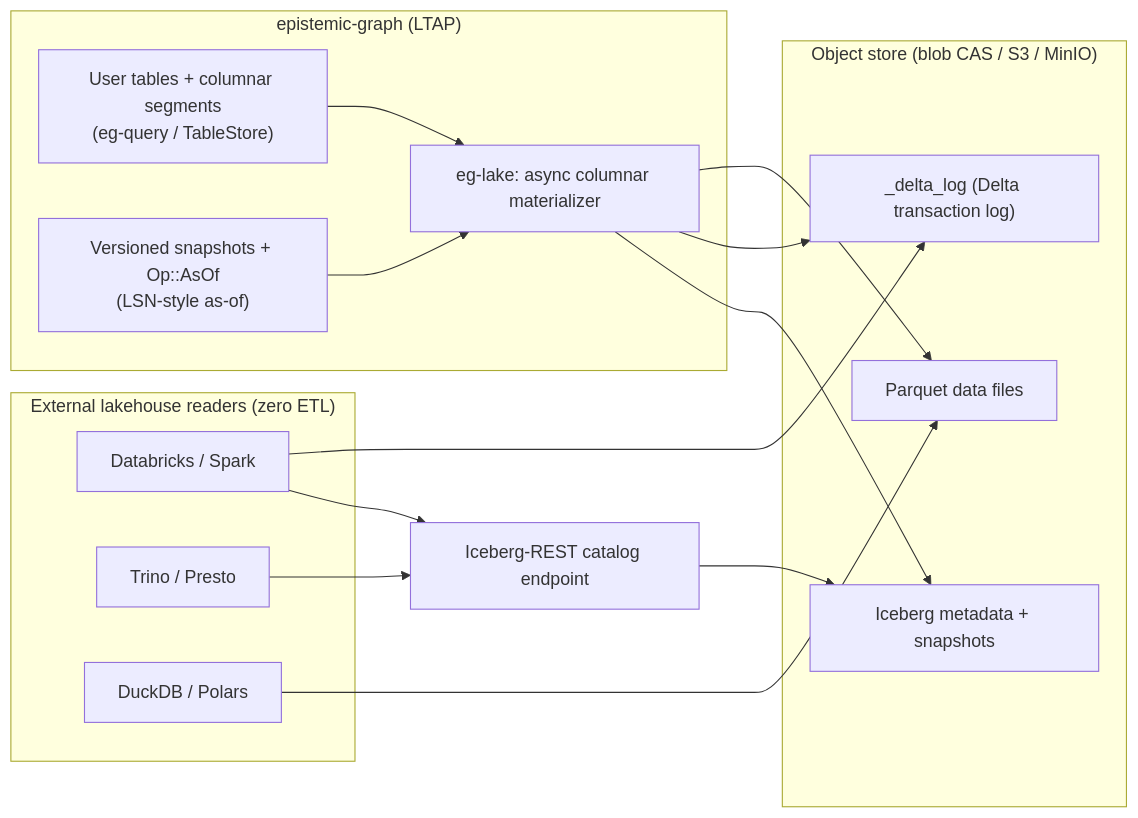
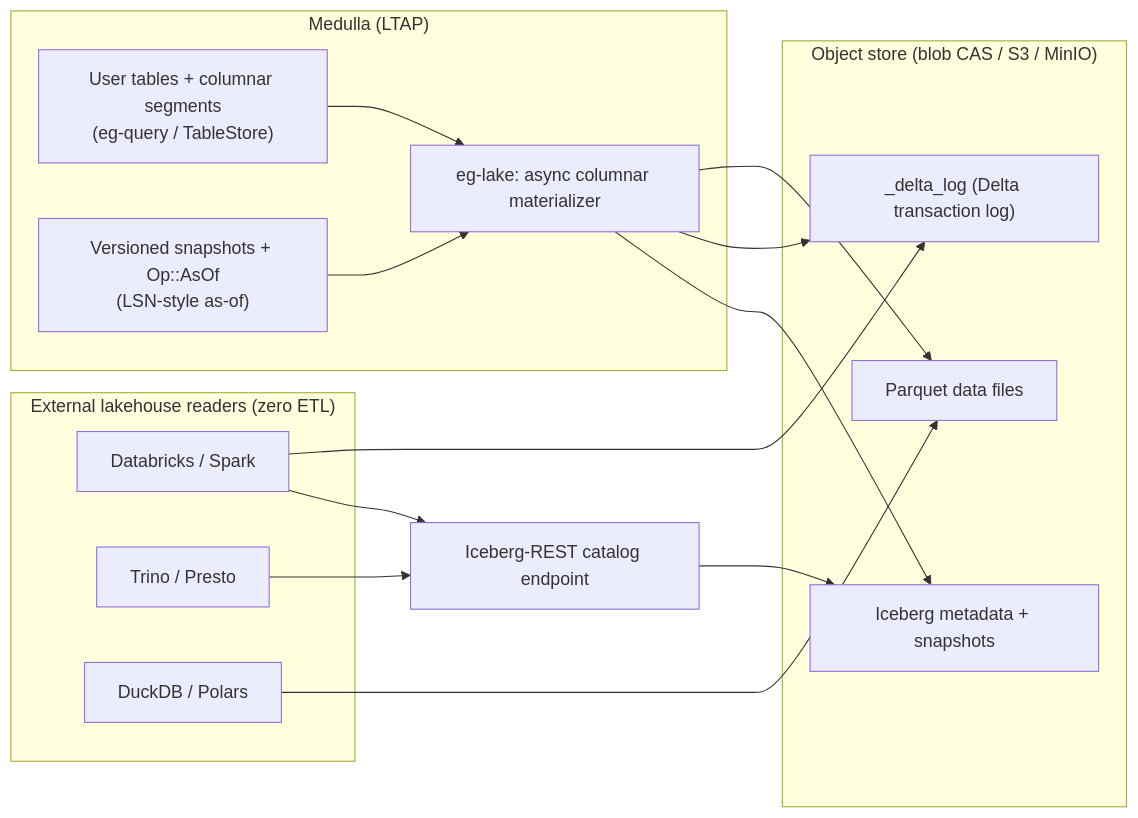
The diagram in docs/architecture/lakehouse_ltap.md (Knuckles-Team/epistemic-graph), drawn with Mermaid before and after one commit. The commit also changed other lines of this file and 59 other files, not shown here.

````diff
--- a/docs/architecture/lakehouse_ltap.md
+++ b/docs/architecture/lakehouse_ltap.md
@@ -26,30 +26,30 @@
 ```mermaid
 flowchart LR
-    subgraph Engine["epistemic-graph (LTAP)"]
+    subgraph Engine["Medulla (LTAP)"]
         TBL["User tables + columnar segments<br/>(eg-query / TableStore)"]
         SNAP["Versioned snapshots + Op::AsOf<br/>(LSN-style as-of)"]
         LAKE["eg-lake: async columnar materializer"]
     end
     subgraph Object["Object store (blob CAS / S3 / MinIO)"]
         PARQ["Parquet data files"]
         DELTA["_delta_log (Delta transaction log)"]
         ICE["Iceberg metadata + snapshots"]
     end
     subgraph Readers["External lakehouse readers (zero ETL)"]
         DBX["Databricks / Spark"]
         TRINO["Trino / Presto"]
         DUCK["DuckDB / Polars"]
     end
     CAT["Iceberg-REST catalog endpoint"]
 
     TBL --> LAKE
     SNAP --> LAKE
     LAKE --> PARQ
     LAKE --> DELTA
     LAKE --> ICE
     CAT --> ICE
     DBX --> DELTA
     DBX --> CAT
     TRINO --> CAT
     DUCK --> PARQ
 ```
````
